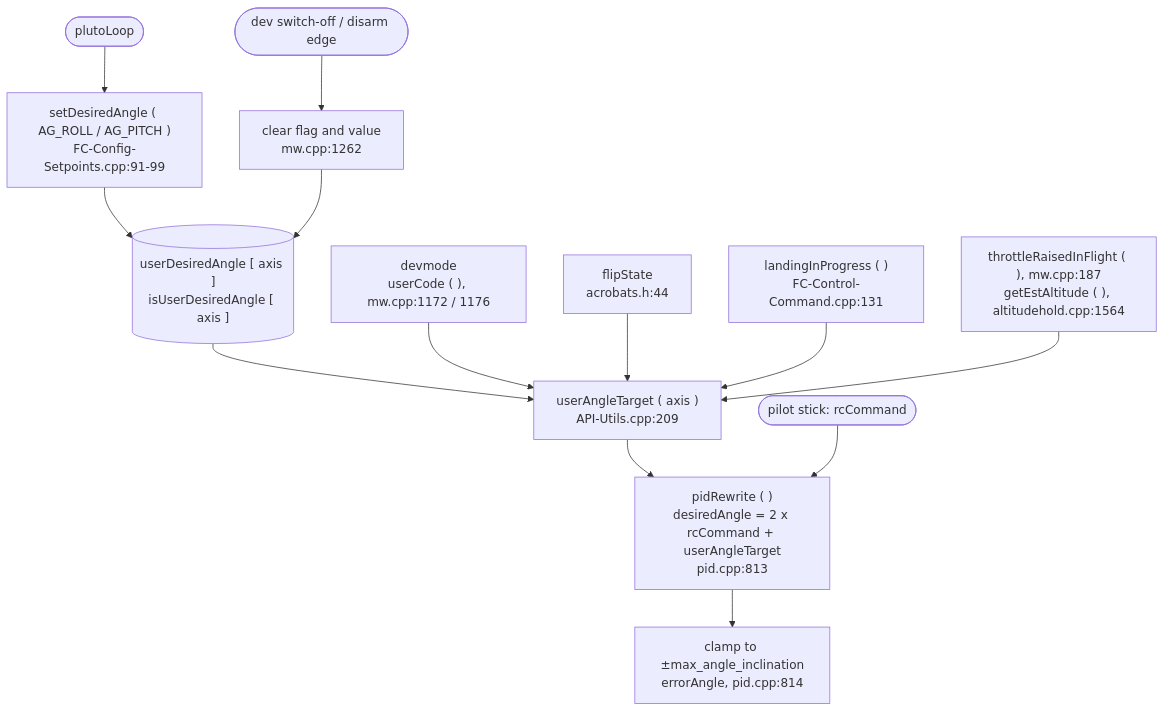
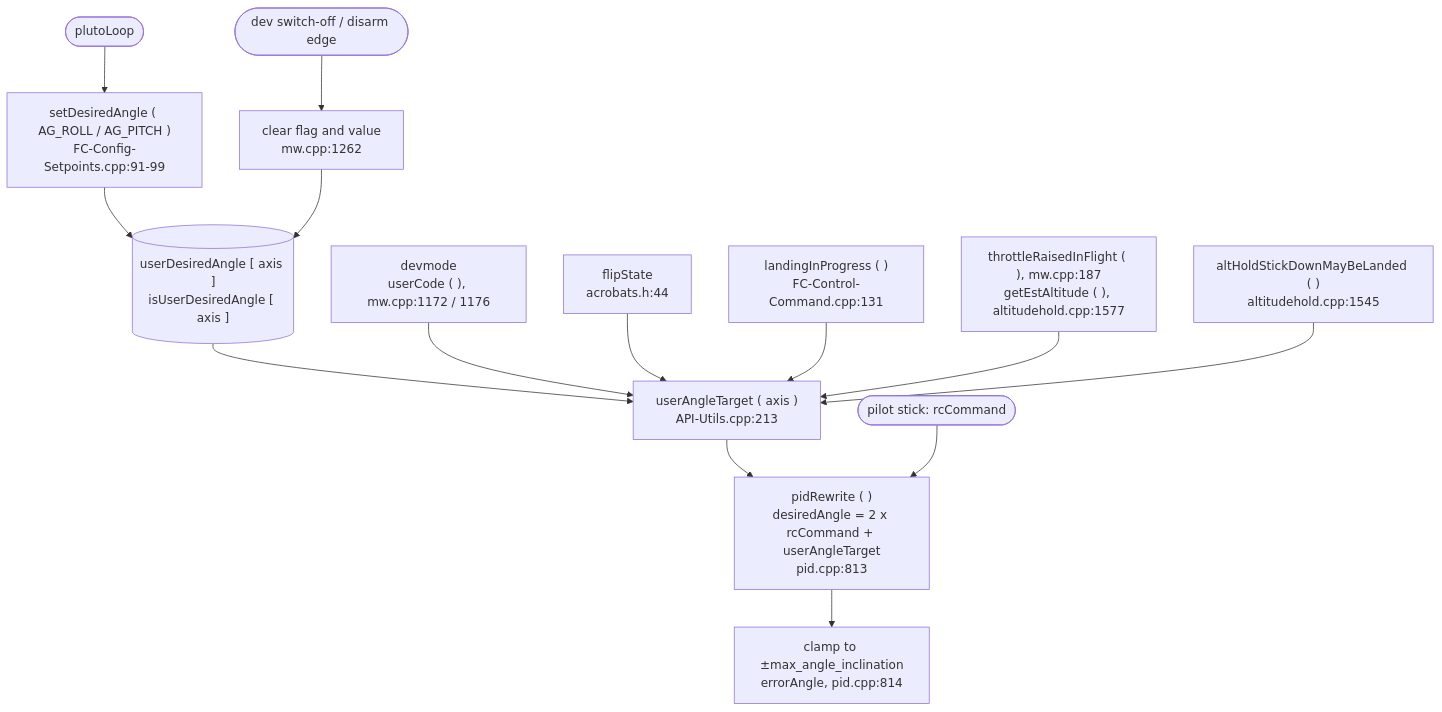
Before and after one commit to DronaAviation/MagisV2: the third of 5 diagrams in docs/fw-development-reference/fw-architecture-pipeline/subsystems/User_Space_API.md, drawn with Mermaid. The commit also changed other lines of this file and 9 other files, not shown here.

````diff
--- a/docs/fw-development-reference/fw-architecture-pipeline/subsystems/User_Space_API.md
+++ b/docs/fw-development-reference/fw-architecture-pipeline/subsystems/User_Space_API.md
@@ -240,15 +241,16 @@
 ```mermaid
 flowchart TD
     UC([plutoLoop]) --> SA["setDesiredAngle ( AG_ROLL / AG_PITCH )<br/>FC-Config-Setpoints.cpp:91-99"]
     SA --> T[("userDesiredAngle [ axis ]<br/>isUserDesiredAngle [ axis ]")]
-    T --> G["userAngleTarget ( axis )<br/>API-Utils.cpp:209"]
+    T --> G["userAngleTarget ( axis )<br/>API-Utils.cpp:213"]
     DM["devmode<br/>userCode ( ), mw.cpp:1172 / 1176"] --> G
     FS["flipState<br/>acrobats.h:44"] --> G
     LD["landingInProgress ( )<br/>FC-Control-Command.cpp:131"] --> G
-    AB["throttleRaisedInFlight ( ), mw.cpp:187<br/>getEstAltitude ( ), altitudehold.cpp:1564"] --> G
+    AB["throttleRaisedInFlight ( ), mw.cpp:187<br/>getEstAltitude ( ), altitudehold.cpp:1577"] --> G
+    SD["altHoldStickDownMayBeLanded ( )<br/>altitudehold.cpp:1545"] --> G
     G --> PR["pidRewrite ( )<br/>desiredAngle = 2 x rcCommand + userAngleTarget<br/>pid.cpp:813"]
     ST([pilot stick: rcCommand]) --> PR
     PR --> CL["clamp to ±max_angle_inclination<br/>errorAngle, pid.cpp:814"]
     Off([dev switch-off / disarm edge]) --> Clr["clear flag and value<br/>mw.cpp:1262"]
     Clr --> T
 ```
````
